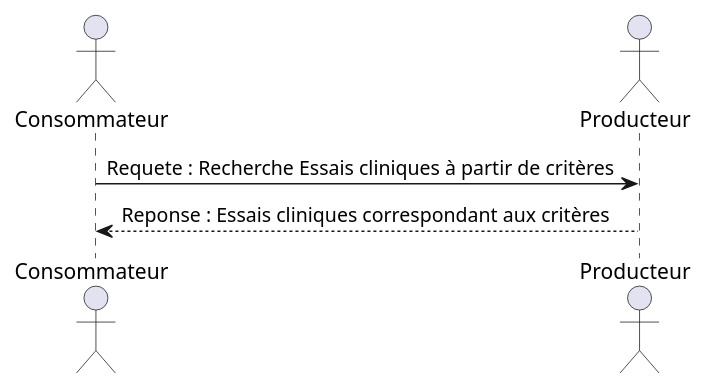
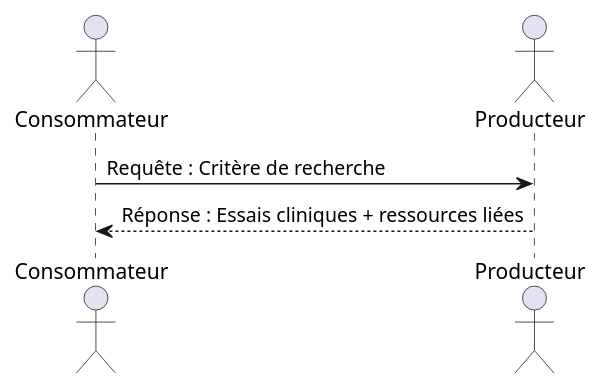
The diagram in input/images-source/flux2.plantuml (ansforge/essais-cliniques), drawn with PlantUML before and after one commit. The commit also changed 3 other files, not shown here.

```diff
--- a/input/images-source/flux2.plantuml
+++ b/input/images-source/flux2.plantuml
@@ -1,6 +1,6 @@
-@startuml flux2_1
+@startuml flux2
 actor Consommateur
 actor Producteur
-Consommateur -> Producteur: Requete : Recherche Essais cliniques à partir de critères
-Producteur --> Consommateur: Reponse : Essais cliniques correspondant aux critères
+Consommateur -> Producteur: Requête : Critère de recherche
+Producteur --> Consommateur: Réponse : Essais cliniques + ressources liées
 @enduml
```
